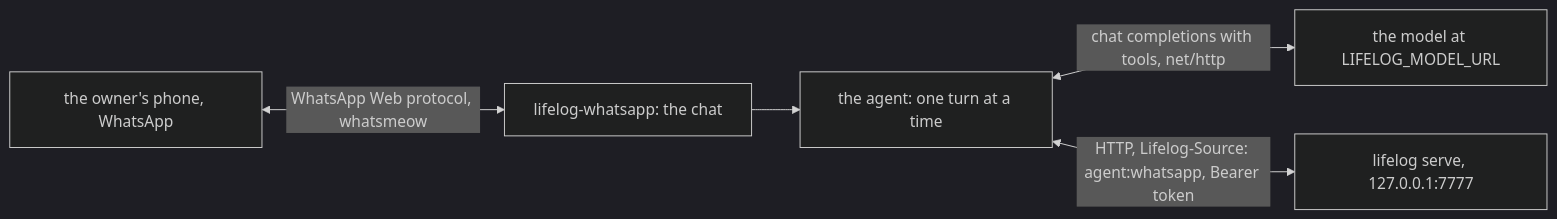
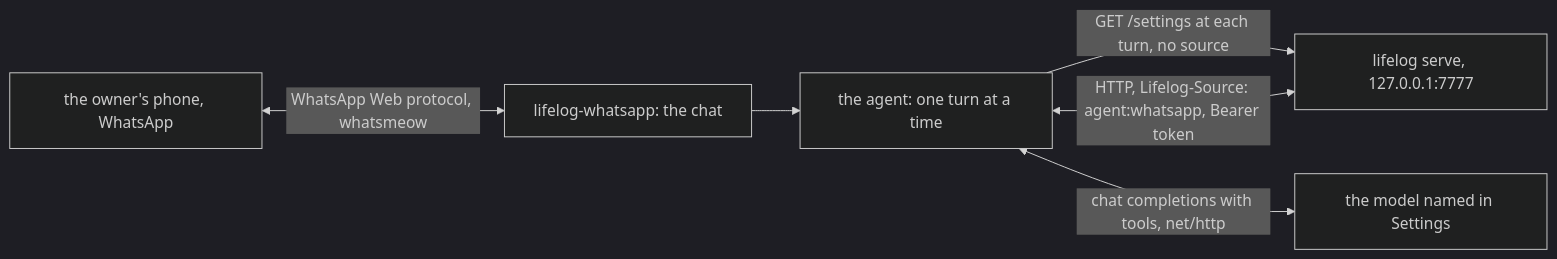
The diagram in extensions/whatsapp/README.md (alexradunet/lifelogdb), drawn with Mermaid (dark theme) before and after one commit. The commit also changed other lines of this file and 33 other files, not shown here.

````diff
--- a/extensions/whatsapp/README.md
+++ b/extensions/whatsapp/README.md
@@ -10,7 +10,8 @@
 ```mermaid
 flowchart LR
   P["the owner's phone, WhatsApp"] <-->|"WhatsApp Web protocol, whatsmeow"| W["lifelog-whatsapp: the chat"]
   W --> A["the agent: one turn at a time"]
-  A <-->|"chat completions with tools, net/http"| M["the model at LIFELOG_MODEL_URL"]
+  A -->|"GET /settings at each turn, no source"| L
+  A <-->|"chat completions with tools, net/http"| M["the model named in Settings"]
   A <-->|"HTTP, Lifelog-Source: agent:whatsapp, Bearer token"| L["lifelog serve, 127.0.0.1:7777"]
 ```
````
